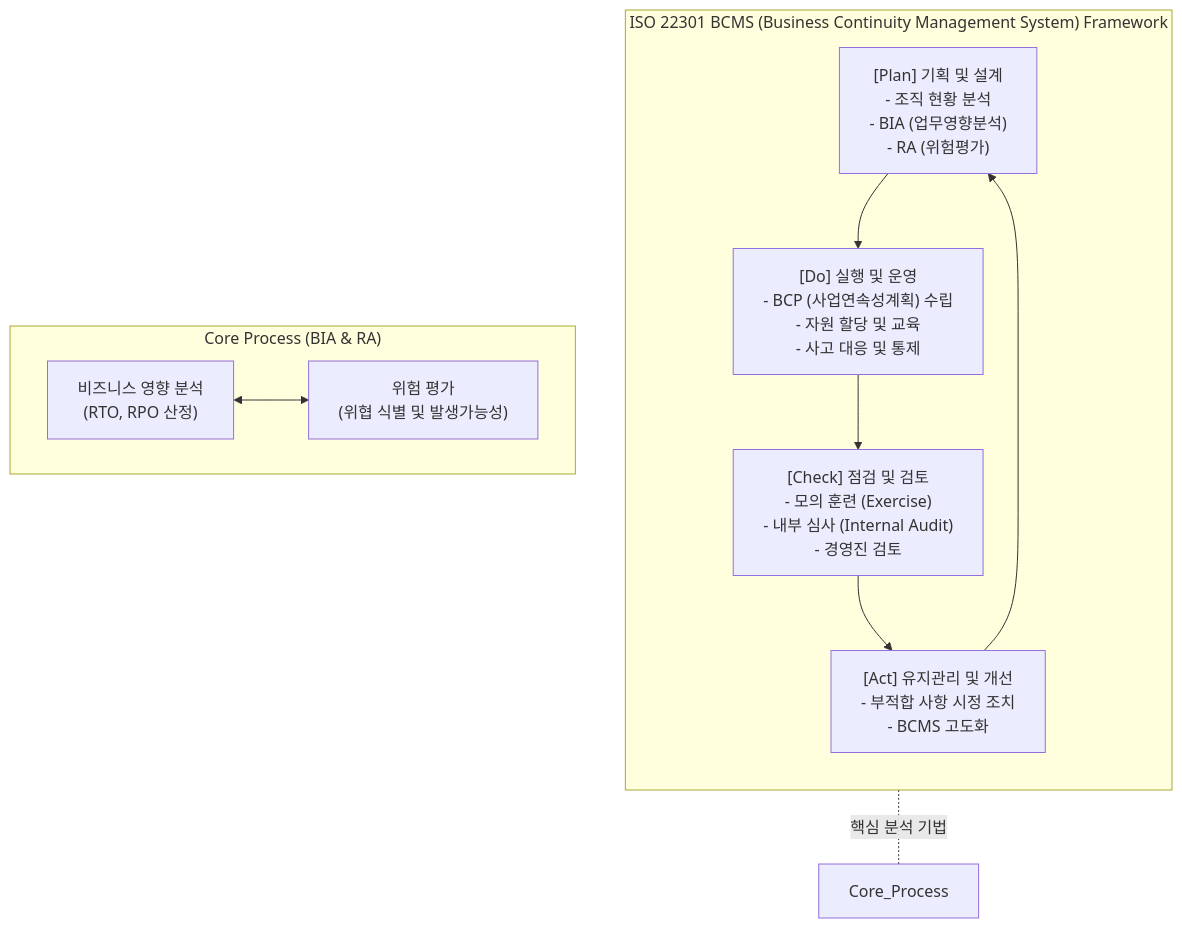
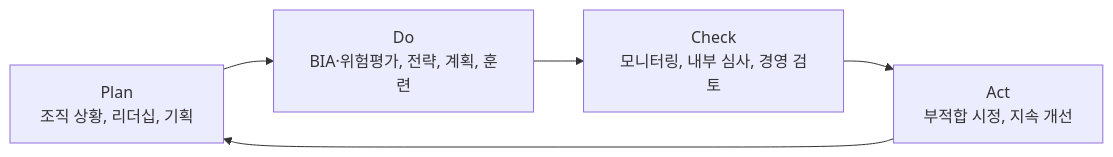
The diagram in content/01_IT Tech/ISO 22301.md (supremethumb/supremethumb.github.io), drawn with Mermaid before and after one commit. The commit also changed other lines of this file and 1087 other files, not shown here.

````diff
--- a/content/01_IT Tech/ISO 22301.md
+++ b/content/01_IT Tech/ISO 22301.md
@@ -29,23 +35,7 @@
 ```mermaid
-flowchart TD
-    subgraph "ISO 22301 BCMS (Business Continuity Management System) Framework"
-        direction TB
-        
-        P["[Plan] 기획 및 설계<br/>- 조직 현황 분석<br/>- BIA (업무영향분석)<br/>- RA (위험평가)"]
-        D["[Do] 실행 및 운영<br/>- BCP (사업연속성계획) 수립<br/>- 자원 할당 및 교육<br/>- 사고 대응 및 통제"]
-        C["[Check] 점검 및 검토<br/>- 모의 훈련 (Exercise)<br/>- 내부 심사 (Internal Audit)<br/>- 경영진 검토"]
-        A["[Act] 유지관리 및 개선<br/>- 부적합 사항 시정 조치<br/>- BCMS 고도화"]
-        
-        P --> D --> C --> A --> P
-    end
-    
-    subgraph "Core Process (BIA & RA)"
-        direction LR
-        BIA["비즈니스 영향 분석<br/>(RTO, RPO 산정)"]
-        RA["위험 평가<br/>(위협 식별 및 발생가능성)"]
-        BIA <--> RA
-    end
-    
-    P -. "핵심 분석 기법" .- Core_Process
-
+flowchart LR
+    P["Plan<br/>조직 상황, 리더십, 기획"] --> D["Do<br/>BIA·위험평가, 전략, 계획, 훈련"]
+    D --> C["Check<br/>모니터링, 내부 심사, 경영 검토"]
+    C --> A["Act<br/>부적합 시정, 지속 개선"]
+    A --> P
 ```
````
